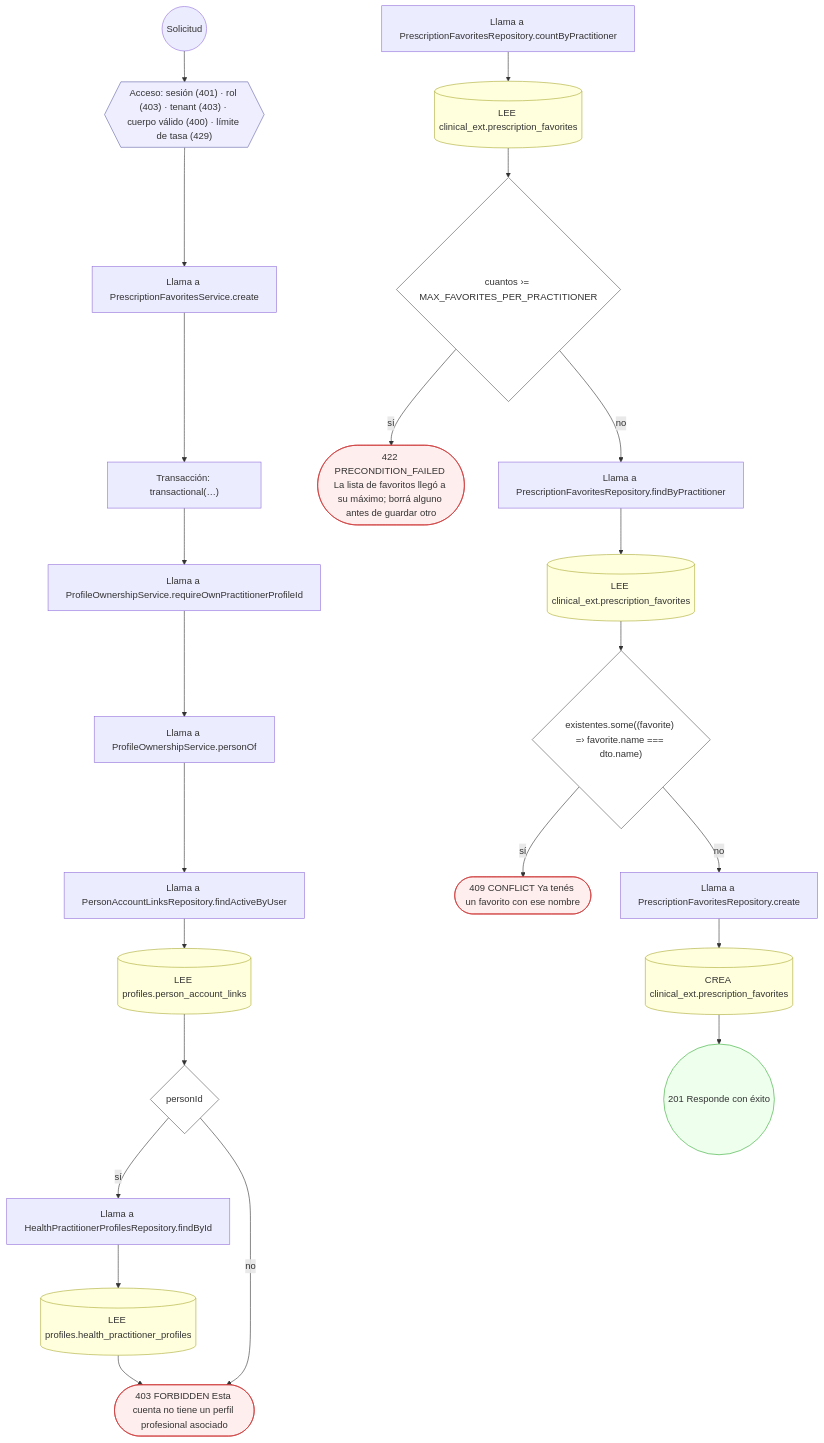
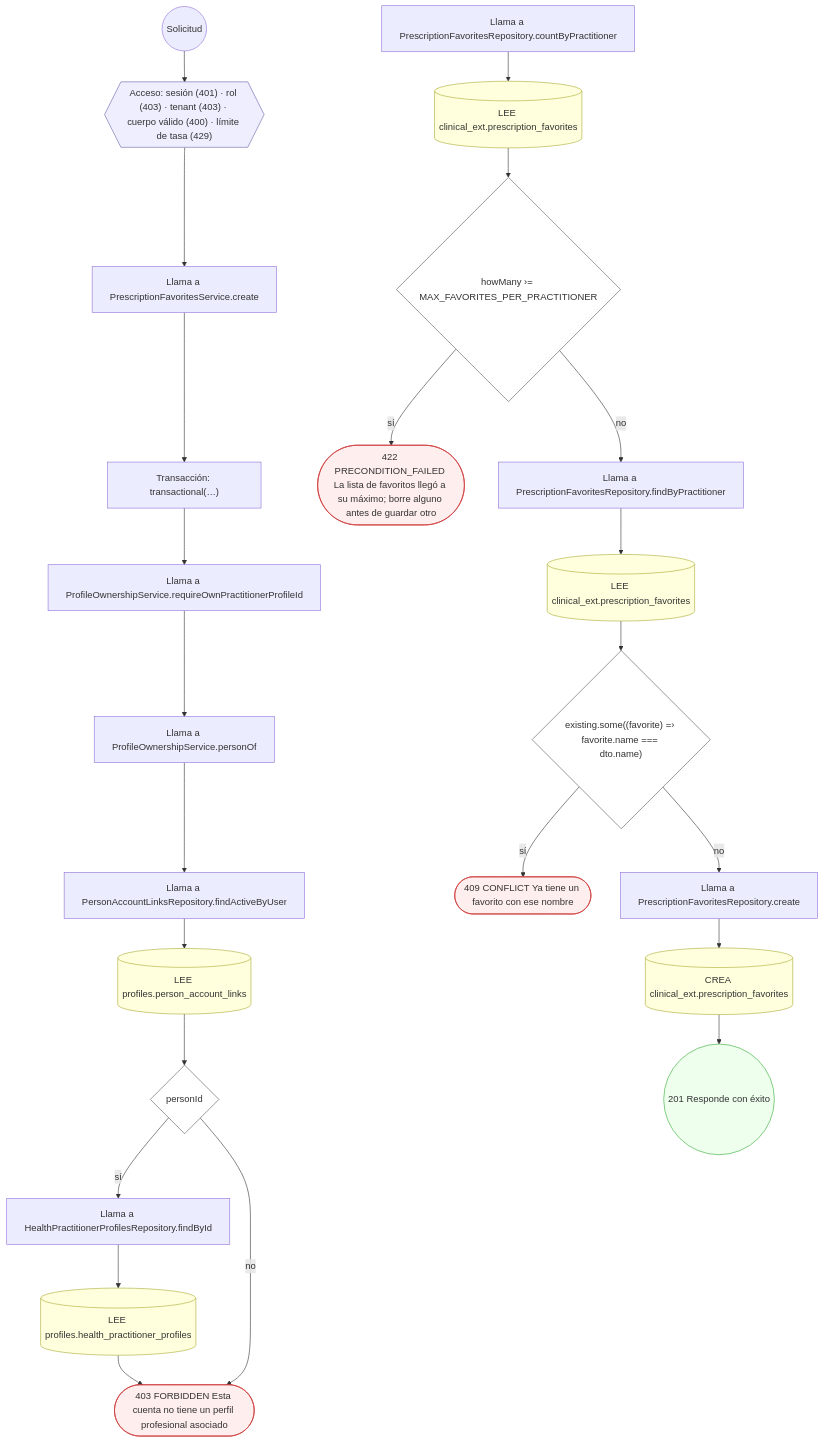
Before and after one commit to mdavila-2001/mantra-core-health-api: diagram 18 of 24 in docs/inventario/flujos/clinical_ext.md, drawn with Mermaid. The commit also changed other lines of this file and 451 other files, not shown here.

````diff
--- a/docs/inventario/flujos/clinical_ext.md
+++ b/docs/inventario/flujos/clinical_ext.md
@@ -1037,54 +1131,54 @@
 ```mermaid
 flowchart TD
   n1(("Solicitud")):::inicio
   n2{{"Acceso: sesión (401) · rol (403) · tenant (403) · cuerpo válido (400) · límite de tasa (429)"}}:::acceso
   n1 --> n2
   n3["Llama a PrescriptionFavoritesService.create"]:::llamada
   n2 --> n3
   n4["Transacción: transactional(…)"]:::transaccion
   n3 --> n4
   n5["Llama a ProfileOwnershipService.requireOwnPractitionerProfileId"]:::llamada
   n4 --> n5
   n6["Llama a ProfileOwnershipService.personOf"]:::llamada
   n5 --> n6
   n7["Llama a PersonAccountLinksRepository.findActiveByUser"]:::llamada
   n6 --> n7
   n8[("LEE profiles.person_account_links")]:::efecto
   n7 --> n8
   n9{"personId"}:::decision
   n8 --> n9
   n10["Llama a HealthPractitionerProfilesRepository.findById"]:::llamada
   n9 -->|"sí"| n10
   n11[("LEE profiles.health_practitioner_profiles")]:::efecto
   n10 --> n11
   n12(["403 FORBIDDEN Esta cuenta no tiene un perfil profesional asociado"]):::error
   n11 --> n12
   n9 -->|"no"| n12
   n13["Llama a PrescriptionFavoritesRepository.countByPractitioner"]:::llamada
   n14[("LEE clinical_ext.prescription_favorites")]:::efecto
   n13 --> n14
-  n15{"cuantos ›= MAX_FAVORITES_PER_PRACTITIONER"}:::decision
+  n15{"howMany ›= MAX_FAVORITES_PER_PRACTITIONER"}:::decision
   n14 --> n15
-  n16(["422 PRECONDITION_FAILED La lista de favoritos llegó a su máximo; borrá alguno antes de guardar otro"]):::error
+  n16(["422 PRECONDITION_FAILED La lista de favoritos llegó a su máximo; borre alguno antes de guardar otro"]):::error
   n15 -->|"sí"| n16
   n17["Llama a PrescriptionFavoritesRepository.findByPractitioner"]:::llamada
   n15 -->|"no"| n17
   n18[("LEE clinical_ext.prescription_favorites")]:::efecto
   n17 --> n18
-  n19{"existentes.some((favorite) =› favorite.name === dto.name)"}:::decision
+  n19{"existing.some((favorite) =› favorite.name === dto.name)"}:::decision
   n18 --> n19
-  n20(["409 CONFLICT Ya tenés un favorito con ese nombre"]):::error
+  n20(["409 CONFLICT Ya tiene un favorito con ese nombre"]):::error
   n19 -->|"sí"| n20
   n21["Llama a PrescriptionFavoritesRepository.create"]:::llamada
   n19 -->|"no"| n21
   n22[("CREA clinical_ext.prescription_favorites")]:::efecto
   n21 --> n22
   n23(("201 Responde con éxito")):::ok
   n22 --> n23
   classDef acceso fill:#eef,stroke:#66a
   classDef error fill:#fee,stroke:#c33
   classDef ok fill:#efe,stroke:#3a3
   classDef efecto fill:#ffd,stroke:#aa3
   classDef decision fill:#fff,stroke:#555
   classDef corte fill:#eee,stroke:#999,stroke-dasharray: 4
 ```
````
